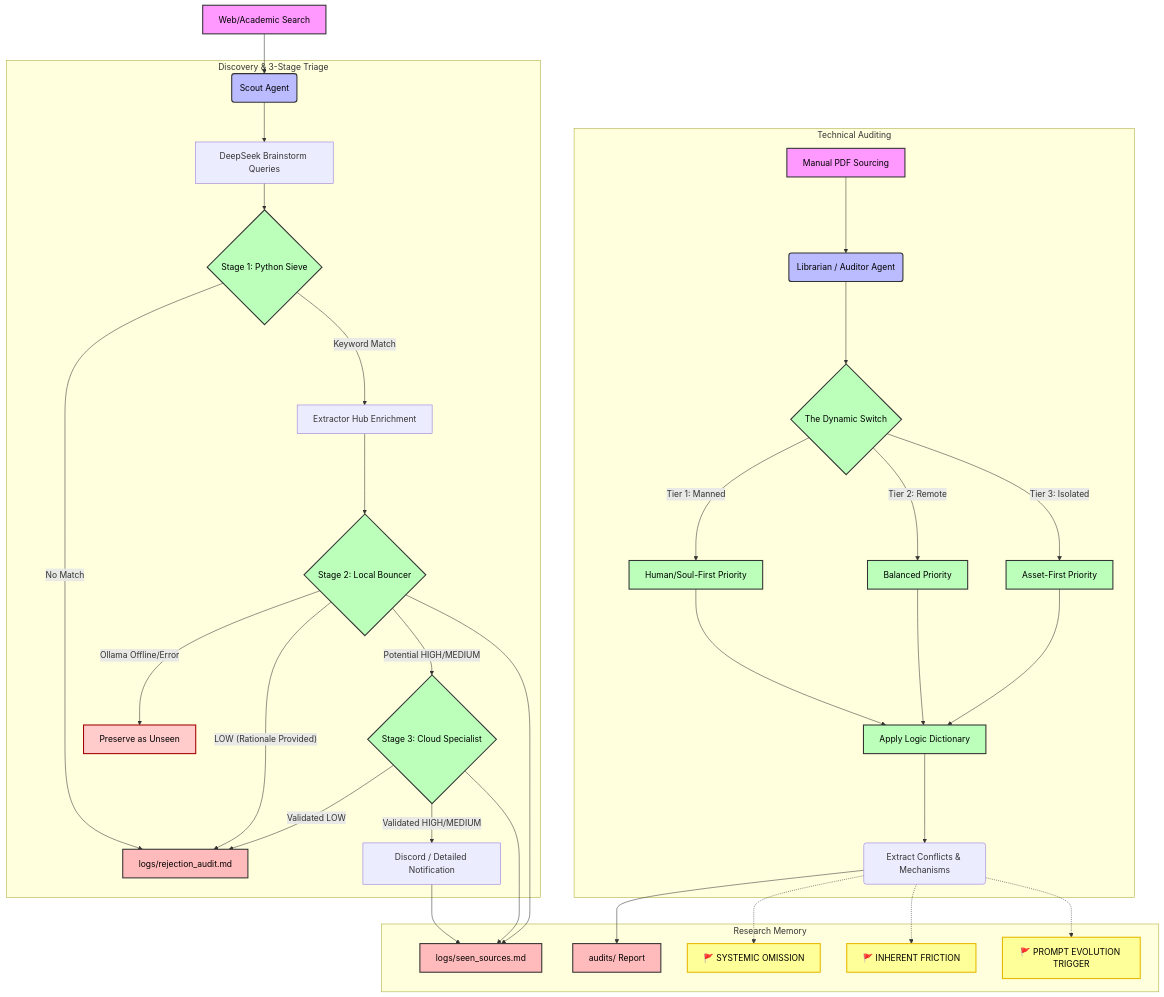
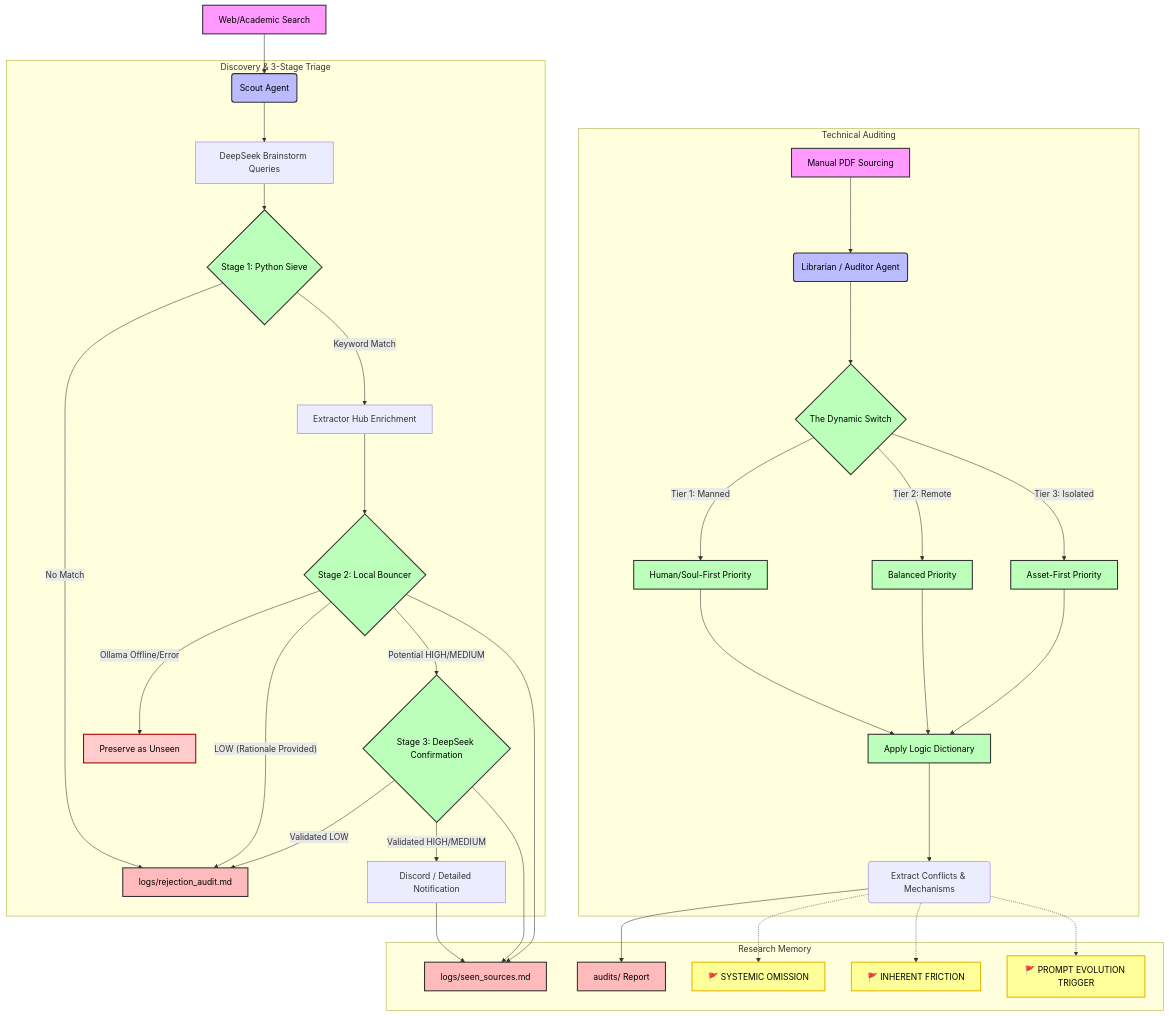
Before and after one commit to mbellamkom/cyber-physical-resilience: the diagram in docs/AGENT_ARCHITECTURE.md, drawn with Mermaid. The commit also changed other lines of this file and 3 other files, not shown here.

Commit message:
updated agent architecture to reflect current project architecture

````diff
--- a/docs/AGENT_ARCHITECTURE.md
+++ b/docs/AGENT_ARCHITECTURE.md
@@ -7,47 +7,47 @@
 ```mermaid
 flowchart TD
     %% Define Styles
     classDef input fill:#f9f,stroke:#333,stroke-width:2px,color:#000;
     classDef agent fill:#bbf,stroke:#333,stroke-width:2px,color:#000;
     classDef logic fill:#bfb,stroke:#333,stroke-width:2px,color:#000;
     classDef output fill:#fbb,stroke:#333,stroke-width:2px,color:#000;
     classDef flag fill:#ff9,stroke:#e6b800,stroke-width:2px,color:#000;
     classDef error fill:#ffcccb,stroke:#a30000,stroke-width:2px,color:#000;
 
     A[Web/Academic Search]:::input --> B(Scout Agent):::agent
 
     subgraph ScoutPipeline[Discovery & 3-Stage Triage]
         B --> QG[DeepSeek Brainstorm Queries]
         QG --> S1{Stage 1: Python Sieve}:::logic
         S1 -- "Keyword Match" --> HUB[Extractor Hub Enrichment]
         S1 -- "No Match" --> REJ[logs/rejection_audit.md]:::output
 
         HUB --> S2{Stage 2: Local Bouncer}:::logic
-        S2 -- "Potential HIGH/MEDIUM" --> S3{Stage 3: Cloud Specialist}:::logic
+        S2 -- "Potential HIGH/MEDIUM" --> S3{Stage 3: DeepSeek Confirmation}:::logic
         S2 -- "LOW (Rationale Provided)" --> REJ
         S2 -- "Ollama Offline/Error" --> FAIL[Preserve as Unseen]:::error
 
         S3 -- "Validated HIGH/MEDIUM" --> NOTIF[Discord / Detailed Notification]
         S3 -- "Validated LOW" --> REJ
     end
 
     subgraph LibrarianPipeline[Technical Auditing]
         MAN[Manual PDF Sourcing]:::input --> LIB(Librarian / Auditor Agent):::agent
         LIB --> H{The Dynamic Switch}:::logic
 
         H -->|Tier 1: Manned| I[Human/Soul-First Priority]:::logic
         H -->|Tier 2: Remote| J[Balanced Priority]:::logic
         H -->|Tier 3: Isolated| K[Asset-First Priority]:::logic
 
         I & J & K --> L[Apply Logic Dictionary]:::logic
         L --> M(Extract Conflicts & Mechanisms)
     end
 
     subgraph FinalLogs[Research Memory]
         NOTIF & S3 & S2 --> MEM[logs/seen_sources.md]:::output
         M --> AUD[audits/ Report]:::output
         M -.-> O[🚩 SYSTEMIC OMISSION]:::flag
         M -.-> P[🚩 INHERENT FRICTION]:::flag
         M -.-> R[🚩 PROMPT EVOLUTION TRIGGER]:::flag
     end
 ```
````
